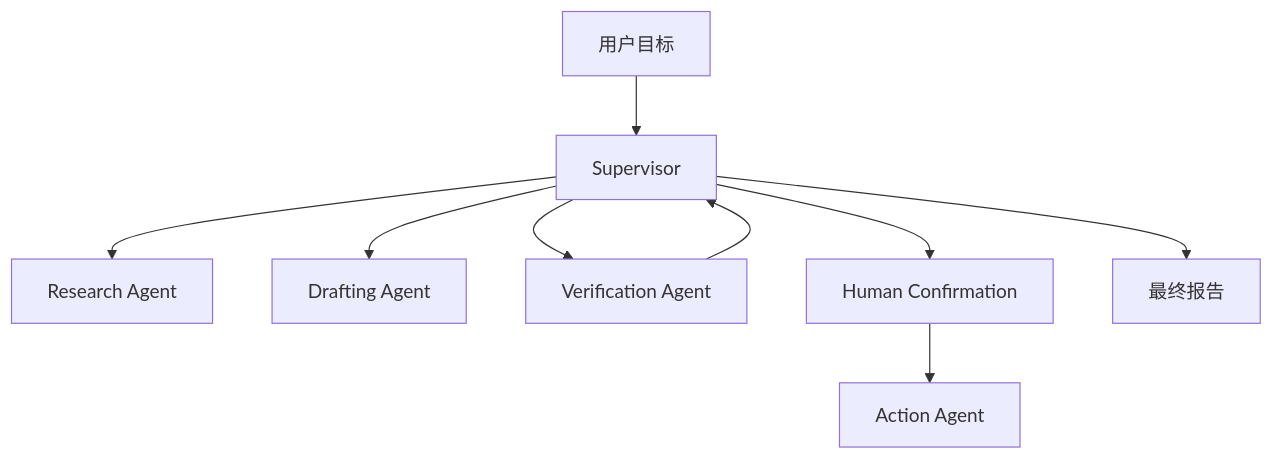
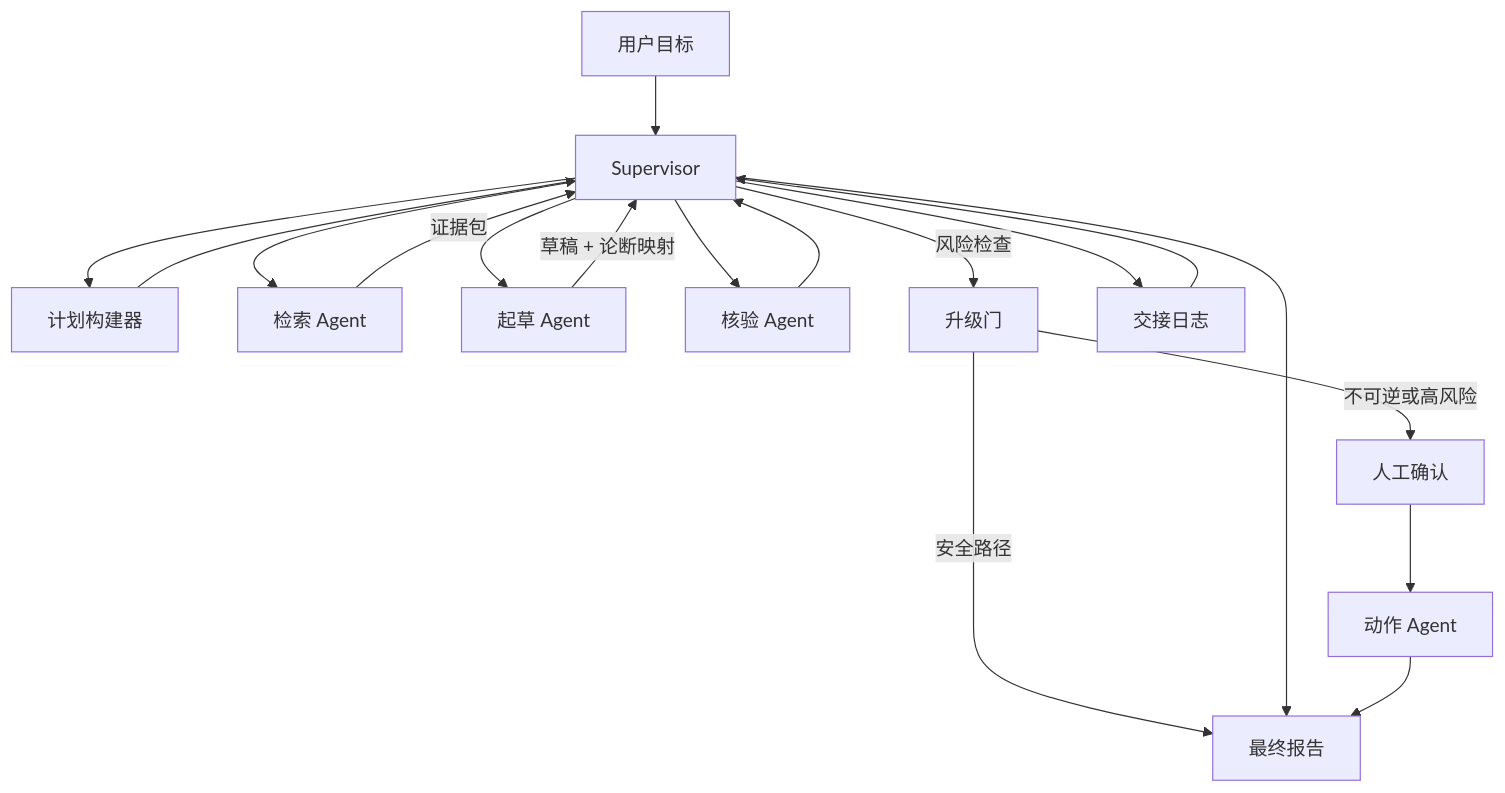
One commit to muchengit/agent-top changed the diagram in docs/zh/cases/多Agent协作案例.md. Above: the diagram before and after it, drawn with Mermaid. The commit also changed other lines of this file and 24 other files, not shown here.

````diff
--- a/docs/zh/cases/多Agent协作案例.md
+++ b/docs/zh/cases/多Agent协作案例.md
@@ -16,11 +24,20 @@
 ```mermaid
 flowchart TD
   User[用户目标] --> Sup[Supervisor]
-  Sup --> Res[Research Agent]
-  Sup --> Drafter[Drafting Agent]
-  Sup --> Verifier[Verification Agent]
+  Sup --> Plan[计划构建器]
+  Plan --> Sup
+  Sup --> Res[检索 Agent]
+  Sup --> Drafter[起草 Agent]
+  Sup --> Verifier[核验 Agent]
+  Res -->|证据包| Sup
+  Drafter -->|草稿 + 论断映射| Sup
   Verifier --> Sup
-  Sup --> Human[Human Confirmation]
-  Human --> Act[Action Agent]
-  Sup --> Report[最终报告]
+  Sup -->|风险检查| Escalation[升级门]
+  Escalation -->|不可逆或高风险| Human[人工确认]
+  Human --> Act[动作 Agent]
+  Escalation -->|安全路径| Report[最终报告]
+  Sup --> Report
+  Act --> Report
+  Sup --> Eval[交接日志]
+  Eval --> Sup
 ```
````
